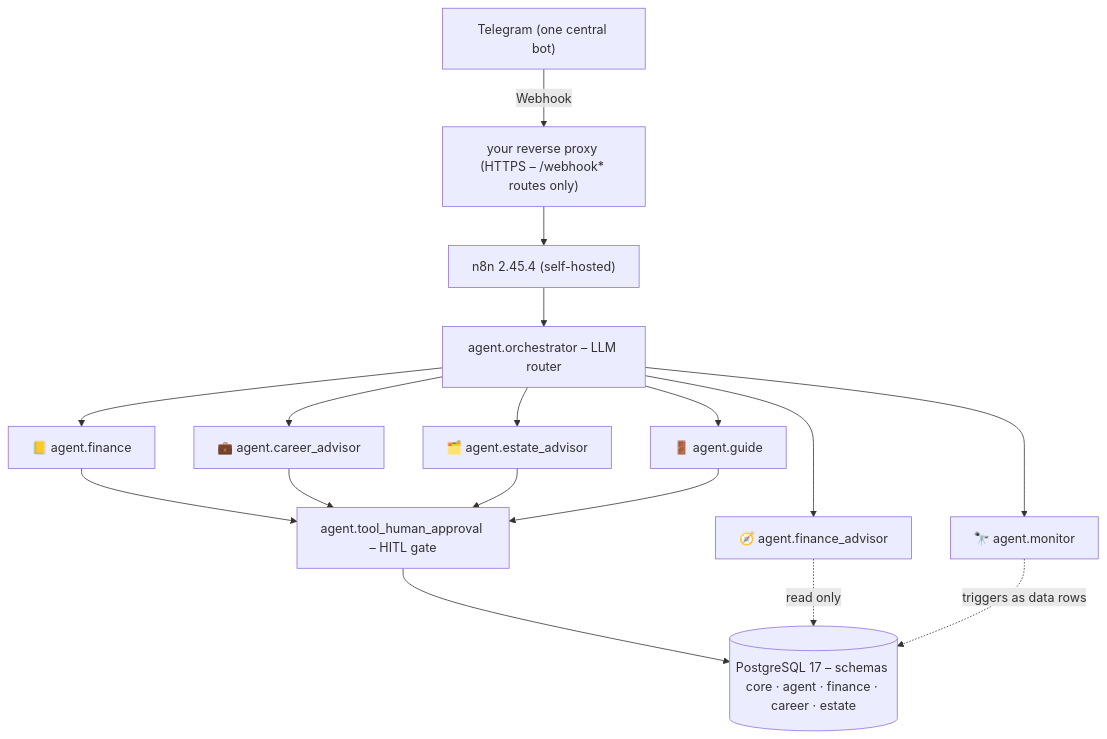
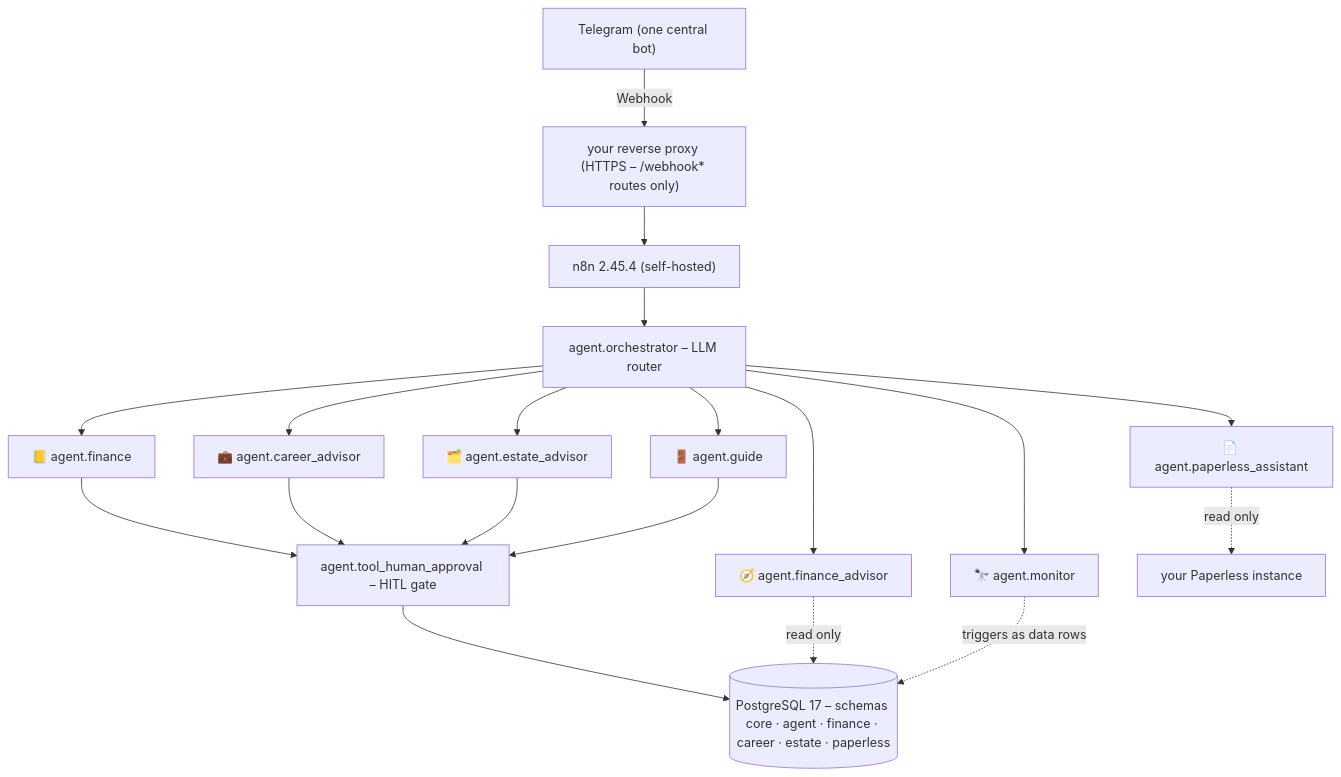
Before and after one commit to DennisBaerlin/n8n-life-agents: the diagram in README.md, drawn with Mermaid. The commit also changed 4 other files, not shown here.

````diff
--- a/README.md
+++ b/README.md
@@ -146,19 +146,21 @@
 ```mermaid
 flowchart TD
     TG["Telegram (one central bot)"] -->|Webhook| RP["your reverse proxy (HTTPS – /webhook* routes only)"]
     RP --> N8N["n8n 2.45.4 (self-hosted)"]
     N8N --> ORCH["agent.orchestrator – LLM router"]
     ORCH --> FIN["📒 agent.finance"]
     ORCH --> ADV["🧭 agent.finance_advisor"]
     ORCH --> MON["🔭 agent.monitor"]
     ORCH --> GUI["🚪 agent.guide"]
     ORCH --> CAR["💼 agent.career_advisor"]
     ORCH --> EST["🗂️ agent.estate_advisor"]
+    ORCH --> DOC["📄 agent.paperless_assistant"]
     FIN --> GATE["agent.tool_human_approval – HITL gate"]
     CAR --> GATE
     EST --> GATE
-    GATE --> PG[("PostgreSQL 17 – schemas core · agent · finance · career · estate")]
+    GATE --> PG[("PostgreSQL 17 – schemas core · agent · finance · career · estate · paperless")]
     ADV -. read only .-> PG
+    DOC -. read only .-> PPL["your Paperless instance"]
     MON -. triggers as data rows .-> PG
     GUI --> GATE
 ```
````
